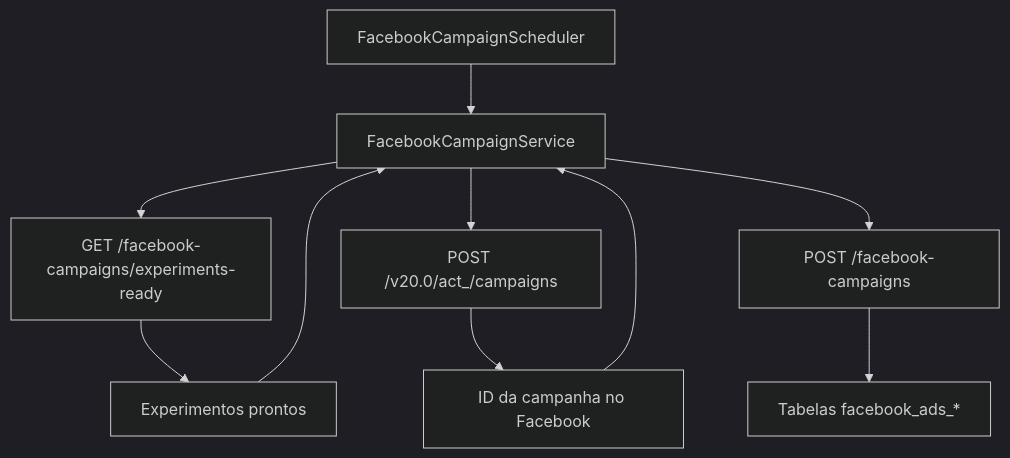
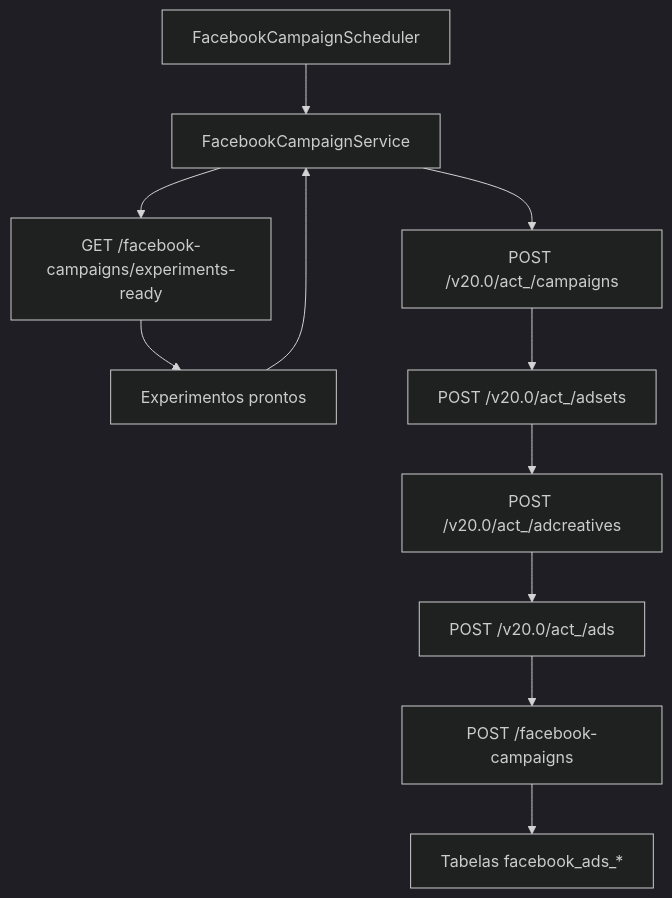
The diagram in docs/facebook-ads-worker/input-output-mapping.md (paulofor/marketing-hub), drawn with Mermaid (dark theme) before and after one commit. The commit also changed other lines of this file and 9 other files, not shown here.

````diff
--- a/docs/facebook-ads-worker/input-output-mapping.md
+++ b/docs/facebook-ads-worker/input-output-mapping.md
@@ -16,12 +16,13 @@
 ```mermaid
 flowchart TD
     scheduler["FacebookCampaignScheduler"] --> service["FacebookCampaignService"]
     service --> fetch["GET /facebook-campaigns/experiments-ready"]
     fetch --> experiments["Experimentos prontos"]
     experiments --> service
-    service --> graphApi["POST /v20.0/act_<adAccountId>/campaigns"]
-    graphApi --> fbResponse["ID da campanha no Facebook"]
-    fbResponse --> service
-    service --> persist["POST /facebook-campaigns"]
+    service --> createCampaign["POST /v20.0/act_<adAccountId>/campaigns"]
+    createCampaign --> createAdSet["POST /v20.0/act_<adAccountId>/adsets"]
+    createAdSet --> createCreative["POST /v20.0/act_<adAccountId>/adcreatives"]
+    createCreative --> createAd["POST /v20.0/act_<adAccountId>/ads"]
+    createAd --> persist["POST /facebook-campaigns"]
     persist --> db["Tabelas facebook_ads_*"]
 ```
````
